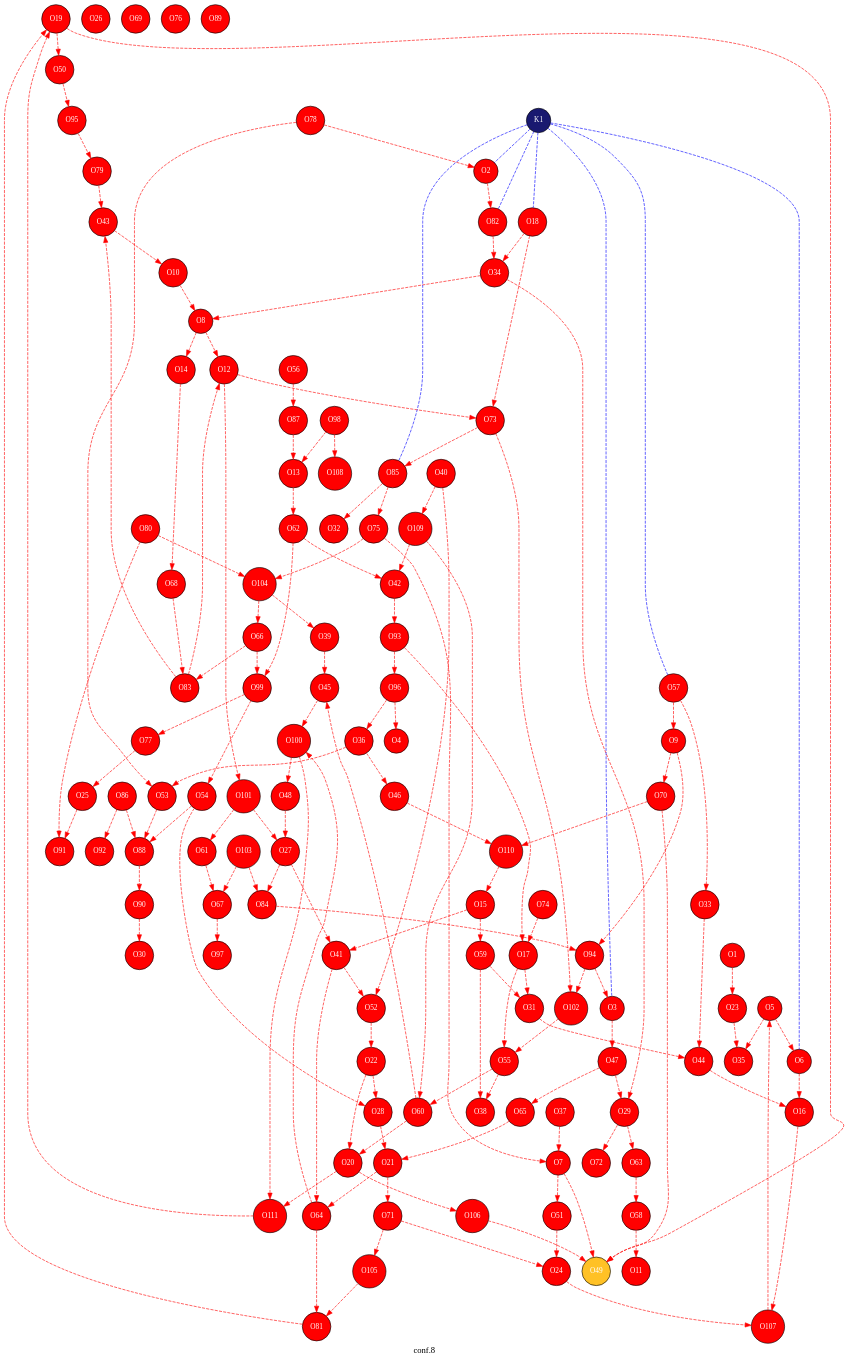
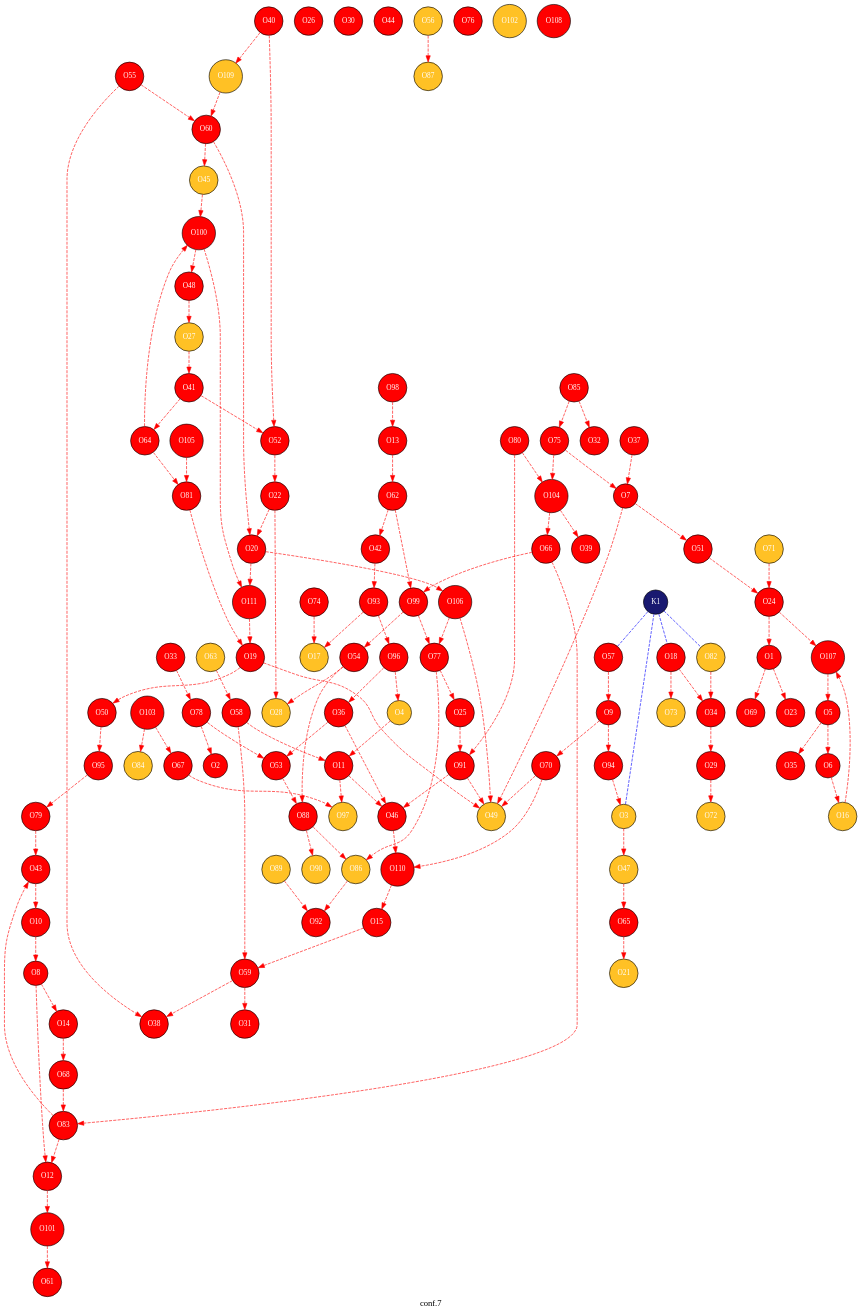
One commit to JelleLagerweij/short_test changed the diagram in 4-GATeWAY/copy_3/traj/traj_conf.gv. Above: the diagram before and after it, drawn with Graphviz. The commit also changed 222 other files, not shown here.

```diff
--- a/4-GATeWAY/copy_3/traj/traj_conf.gv
+++ b/4-GATeWAY/copy_3/traj/traj_conf.gv
@@ -1,12 +1,12 @@
 digraph G {
-label="conf.8 ";
+label="conf.7 ";
 node [style=filled];
 graph [bgcolor=transparent];
 node [shape = circle, fontsize=12];
 "O1"[fillcolor=red, fontcolor=white, fontname="Times", label="O1"];
 "O2"[fillcolor=red, fontcolor=white, fontname="Times", label="O2"];
-"O3"[fillcolor=red, fontcolor=white, fontname="Times", label="O3"];
-"O4"[fillcolor=red, fontcolor=white, fontname="Times", label="O4"];
+"O3"[fillcolor=goldenrod1, fontcolor=white, fontname="Times", label="O3"];
+"O4"[fillcolor=goldenrod1, fontcolor=white, fontname="Times", label="O4"];
 "O5"[fillcolor=red, fontcolor=white, fontname="Times", label="O5"];
 "O6"[fillcolor=red, fontcolor=white, fontname="Times", label="O6"];
 "O7"[fillcolor=red, fontcolor=white, fontname="Times", label="O7"];
@@ -18,19 +18,19 @@
 "O13"[fillcolor=red, fontcolor=white, fontname="Times", label="O13"];
 "O14"[fillcolor=red, fontcolor=white, fontname="Times", label="O14"];
 "O15"[fillcolor=red, fontcolor=white, fontname="Times", label="O15"];
-"O16"[fillcolor=red, fontcolor=white, fontname="Times", label="O16"];
-"O17"[fillcolor=red, fontcolor=white, fontname="Times", label="O17"];
+"O16"[fillcolor=goldenrod1, fontcolor=white, fontname="Times", label="O16"];
+"O17"[fillcolor=goldenrod1, fontcolor=white, fontname="Times", label="O17"];
 "O18"[fillcolor=red, fontcolor=white, fontname="Times", label="O18"];
 "O19"[fillcolor=red, fontcolor=white, fontname="Times", label="O19"];
 "O20"[fillcolor=red, fontcolor=white, fontname="Times", label="O20"];
-"O21"[fillcolor=red, fontcolor=white, fontname="Times", label="O21"];
+"O21"[fillcolor=goldenrod1, fontcolor=white, fontname="Times", label="O21"];
 "O22"[fillcolor=red, fontcolor=white, fontname="Times", label="O22"];
 "O23"[fillcolor=red, fontcolor=white, fontname="Times", label="O23"];
 "O24"[fillcolor=red, fontcolor=white, fontname="Times", label="O24"];
 "O25"[fillcolor=red, fontcolor=white, fontname="Times", label="O25"];
 "O26"[fillcolor=red, fontcolor=white, fontname="Times", label="O26"];
-"O27"[fillcolor=red, fontcolor=white, fontname="Times", label="O27"];
-"O28"[fillcolor=red, fontcolor=white, fontname="Times", label="O28"];
+"O27"[fillcolor=goldenrod1, fontcolor=white, fontname="Times", label="O27"];
+"O28"[fillcolor=goldenrod1, fontcolor=white, fontname="Times", label="O28"];
 "O29"[fillcolor=red, fontcolor=white, fontname="Times", label="O29"];
 "O30"[fillcolor=red, fontcolor=white, fontname="Times", label="O30"];
 "O31"[fillcolor=red, fontcolor=white, fontname="Times", label="O31"];
@@ -47,9 +47,9 @@
 "O42"[fillcolor=red, fontcolor=white, fontname="Times", label="O42"];
 "O43"[fillcolor=red, fontcolor=white, fontname="Times", label="O43"];
 "O44"[fillcolor=red, fontcolor=white, fontname="Times", label="O44"];
-"O45"[fillcolor=red, fontcolor=white, fontname="Times", label="O45"];
+"O45"[fillcolor=goldenrod1, fontcolor=white, fontname="Times", label="O45"];
 "O46"[fillcolor=red, fontcolor=white, fontname="Times", label="O46"];
-"O47"[fillcolor=red, fontcolor=white, fontname="Times", label="O47"];
+"O47"[fillcolor=goldenrod1, fontcolor=white, fontname="Times", label="O47"];
 "O48"[fillcolor=red, fontcolor=white, fontname="Times", label="O48"];
 "O49"[fillcolor=goldenrod1, fontcolor=white, fontname="Times", label="O49"];
 "O50"[fillcolor=red, fontcolor=white, fontname="Times", label="O50"];
@@ -58,14 +58,14 @@
 "O53"[fillcolor=red, fontcolor=white, fontname="Times", label="O53"];
 "O54"[fillcolor=red, fontcolor=white, fontname="Times", label="O54"];
 "O55"[fillcolor=red, fontcolor=white, fontname="Times", label="O55"];
-"O56"[fillcolor=red, fontcolor=white, fontname="Times", label="O56"];
+"O56"[fillcolor=goldenrod1, fontcolor=white, fontname="Times", label="O56"];
 "O57"[fillcolor=red, fontcolor=white, fontname="Times", label="O57"];
 "O58"[fillcolor=red, fontcolor=white, fontname="Times", label="O58"];
 "O59"[fillcolor=red, fontcolor=white, fontname="Times", label="O59"];
 "O60"[fillcolor=red, fontcolor=white, fontname="Times", label="O60"];
 "O61"[fillcolor=red, fontcolor=white, fontname="Times", label="O61"];
 "O62"[fillcolor=red, fontcolor=white, fontname="Times", label="O62"];
-"O63"[fillcolor=red, fontcolor=white, fontname="Times", label="O63"];
+"O63"[fillcolor=goldenrod1, fontcolor=white, fontname="Times", label="O63"];
 "O64"[fillcolor=red, fontcolor=white, fontname="Times", label="O64"];
 "O65"[fillcolor=red, fontcolor=white, fontname="Times", label="O65"];
 "O66"[fillcolor=red, fontcolor=white, fontname="Times", label="O66"];
@@ -73,9 +73,9 @@
 "O68"[fillcolor=red, fontcolor=white, fontname="Times", label="O68"];
 "O69"[fillcolor=red, fontcolor=white, fontname="Times", label="O69"];
 "O70"[fillcolor=red, fontcolor=white, fontname="Times", label="O70"];
-"O71"[fillcolor=red, fontcolor=white, fontname="Times", label="O71"];
-"O72"[fillcolor=red, fontcolor=white, fontname="Times", label="O72"];
-"O73"[fillcolor=red, fontcolor=white, fontname="Times", label="O73"];
+"O71"[fillcolor=goldenrod1, fontcolor=white, fontname="Times", label="O71"];
+"O72"[fillcolor=goldenrod1, fontcolor=white, fontname="Times", label="O72"];
+"O73"[fillcolor=goldenrod1, fontcolor=white, fontname="Times", label="O73"];
 "O74"[fillcolor=red, fontcolor=white, fontname="Times", label="O74"];
 "O75"[fillcolor=red, fontcolor=white, fontname="Times", label="O75"];
 "O76"[fillcolor=red, fontcolor=white, fontname="Times", label="O76"];
@@ -84,42 +84,44 @@
 "O79"[fillcolor=red, fontcolor=white, fontname="Times", label="O79"];
 "O80"[fillcolor=red, fontcolor=white, fontname="Times", label="O80"];
 "O81"[fillcolor=red, fontcolor=white, fontname="Times", label="O81"];
-"O82"[fillcolor=red, fontcolor=white, fontname="Times", label="O82"];
+"O82"[fillcolor=goldenrod1, fontcolor=white, fontname="Times", label="O82"];
 "O83"[fillcolor=red, fontcolor=white, fontname="Times", label="O83"];
-"O84"[fillcolor=red, fontcolor=white, fontname="Times", label="O84"];
+"O84"[fillcolor=goldenrod1, fontcolor=white, fontname="Times", label="O84"];
 "O85"[fillcolor=red, fontcolor=white, fontname="Times", label="O85"];
-"O86"[fillcolor=red, fontcolor=white, fontname="Times", label="O86"];
-"O87"[fillcolor=red, fontcolor=white, fontname="Times", label="O87"];
+"O86"[fillcolor=goldenrod1, fontcolor=white, fontname="Times", label="O86"];
+"O87"[fillcolor=goldenrod1, fontcolor=white, fontname="Times", label="O87"];
 "O88"[fillcolor=red, fontcolor=white, fontname="Times", label="O88"];
-"O89"[fillcolor=red, fontcolor=white, fontname="Times", label="O89"];
-"O90"[fillcolor=red, fontcolor=white, fontname="Times", label="O90"];
+"O89"[fillcolor=goldenrod1, fontcolor=white, fontname="Times", label="O89"];
+"O90"[fillcolor=goldenrod1, fontcolor=white, fontname="Times", label="O90"];
 "O91"[fillcolor=red, fontcolor=white, fontname="Times", label="O91"];
 "O92"[fillcolor=red, fontcolor=white, fontname="Times", label="O92"];
 "O93"[fillcolor=red, fontcolor=white, fontname="Times", label="O93"];
 "O94"[fillcolor=red, fontcolor=white, fontname="Times", label="O94"];
 "O95"[fillcolor=red, fontcolor=white, fontname="Times", label="O95"];
 "O96"[fillcolor=red, fontcolor=white, fontname="Times", label="O96"];
-"O97"[fillcolor=red, fontcolor=white, fontname="Times", label="O97"];
+"O97"[fillcolor=goldenrod1, fontcolor=white, fontname="Times", label="O97"];
 "O98"[fillcolor=red, fontcolor=white, fontname="Times", label="O98"];
 "O99"[fillcolor=red, fontcolor=white, fontname="Times", label="O99"];
 "O100"[fillcolor=red, fontcolor=white, fontname="Times", label="O100"];
 "O101"[fillcolor=red, fontcolor=white, fontname="Times", label="O101"];
-"O102"[fillcolor=red, fontcolor=white, fontname="Times", label="O102"];
+"O102"[fillcolor=goldenrod1, fontcolor=white, fontname="Times", label="O102"];
 "O103"[fillcolor=red, fontcolor=white, fontname="Times", label="O103"];
 "O104"[fillcolor=red, fontcolor=white, fontname="Times", label="O104"];
 "O105"[fillcolor=red, fontcolor=white, fontname="Times", label="O105"];
 "O106"[fillcolor=red, fontcolor=white, fontname="Times", label="O106"];
 "O107"[fillcolor=red, fontcolor=white, fontname="Times", label="O107"];
 "O108"[fillcolor=red, fontcolor=white, fontname="Times", label="O108"];
-"O109"[fillcolor=red, fontcolor=white, fontname="Times", label="O109"];
+"O109"[fillcolor=goldenrod1, fontcolor=white, fontname="Times", label="O109"];
 "O110"[fillcolor=red, fontcolor=white, fontname="Times", label="O110"];
 "O111"[fillcolor=red, fontcolor=white, fontname="Times", label="O111"];
 "K1"[fillcolor=midnightblue, fontcolor=white, fontname="Times", label="K1"];
 "O1"->"O23"[fontcolor=red, color=red , style=dashed];
+"O24"->"O1"[fontcolor=red, color=red , style=dashed];
+"O1"->"O69"[fontcolor=red, color=red , style=dashed];
 "O78"->"O2"[fontcolor=red, color=red , style=dashed];
-"O2"->"O82"[fontcolor=red, color=red , style=dashed];
 "O3"->"O47"[fontcolor=red, color=red , style=dashed];
 "O94"->"O3"[fontcolor=red, color=red , style=dashed];
+"O4"->"O11"[fontcolor=red, color=red , style=dashed];
 "O96"->"O4"[fontcolor=red, color=red , style=dashed];
 "O5"->"O6"[fontcolor=red, color=red , style=dashed];
 "O5"->"O35"[fontcolor=red, color=red , style=dashed];
@@ -132,26 +134,21 @@
 "O10"->"O8"[fontcolor=red, color=red , style=dashed];
 "O8"->"O12"[fontcolor=red, color=red , style=dashed];
 "O8"->"O14"[fontcolor=red, color=red , style=dashed];
-"O34"->"O8"[fontcolor=red, color=red , style=dashed];
 "O57"->"O9"[fontcolor=red, color=red , style=dashed];
 "O9"->"O70"[fontcolor=red, color=red , style=dashed];
 "O9"->"O94"[fontcolor=red, color=red , style=dashed];
 "O43"->"O10"[fontcolor=red, color=red , style=dashed];
+"O11"->"O46"[fontcolor=red, color=red , style=dashed];
 "O58"->"O11"[fontcolor=red, color=red , style=dashed];
-"O12"->"O73"[fontcolor=red, color=red , style=dashed];
+"O11"->"O97"[fontcolor=red, color=red , style=dashed];
 "O83"->"O12"[fontcolor=red, color=red , style=dashed];
 "O12"->"O101"[fontcolor=red, color=red , style=dashed];
 "O13"->"O62"[fontcolor=red, color=red , style=dashed];
-"O87"->"O13"[fontcolor=red, color=red , style=dashed];
 "O98"->"O13"[fontcolor=red, color=red , style=dashed];
 "O14"->"O68"[fontcolor=red, color=red , style=dashed];
-"O15"->"O41"[fontcolor=red, color=red , style=dashed];
 "O15"->"O59"[fontcolor=red, color=red , style=dashed];
 "O110"->"O15"[fontcolor=red, color=red , style=dashed];
-"O44"->"O16"[fontcolor=red, color=red , style=dashed];
 "O16"->"O107"[fontcolor=red, color=red , style=dashed];
-"O17"->"O31"[fontcolor=red, color=red , style=dashed];
-"O17"->"O55"[fontcolor=red, color=red , style=dashed];
 "O74"->"O17"[fontcolor=red, color=red , style=dashed];
 "O93"->"O17"[fontcolor=red, color=red , style=dashed];
 "O18"->"O34"[fontcolor=red, color=red , style=dashed];
@@ -164,13 +161,9 @@
 "O60"->"O20"[fontcolor=red, color=red , style=dashed];
 "O20"->"O106"[fontcolor=red, color=red , style=dashed];
 "O20"->"O111"[fontcolor=red, color=red , style=dashed];
-"O28"->"O21"[fontcolor=red, color=red , style=dashed];
-"O21"->"O64"[fontcolor=red, color=red , style=dashed];
 "O65"->"O21"[fontcolor=red, color=red , style=dashed];
-"O21"->"O71"[fontcolor=red, color=red , style=dashed];
 "O22"->"O28"[fontcolor=red, color=red , style=dashed];
 "O52"->"O22"[fontcolor=red, color=red , style=dashed];
-"O23"->"O35"[fontcolor=red, color=red , style=dashed];
 "O51"->"O24"[fontcolor=red, color=red , style=dashed];
 "O71"->"O24"[fontcolor=red, color=red , style=dashed];
 "O24"->"O107"[fontcolor=red, color=red , style=dashed];
@@ -178,26 +171,18 @@
 "O25"->"O91"[fontcolor=red, color=red , style=dashed];
 "O27"->"O41"[fontcolor=red, color=red , style=dashed];
 "O48"->"O27"[fontcolor=red, color=red , style=dashed];
-"O27"->"O84"[fontcolor=red, color=red , style=dashed];
-"O101"->"O27"[fontcolor=red, color=red , style=dashed];
 "O54"->"O28"[fontcolor=red, color=red , style=dashed];
 "O34"->"O29"[fontcolor=red, color=red , style=dashed];
-"O47"->"O29"[fontcolor=red, color=red , style=dashed];
-"O29"->"O63"[fontcolor=red, color=red , style=dashed];
 "O29"->"O72"[fontcolor=red, color=red , style=dashed];
-"O90"->"O30"[fontcolor=red, color=red , style=dashed];
-"O31"->"O44"[fontcolor=red, color=red , style=dashed];
 "O59"->"O31"[fontcolor=red, color=red , style=dashed];
 "O85"->"O32"[fontcolor=red, color=red , style=dashed];
-"O33"->"O44"[fontcolor=red, color=red , style=dashed];
-"O57"->"O33"[fontcolor=red, color=red , style=dashed];
+"O33"->"O78"[fontcolor=red, color=red , style=dashed];
 "O82"->"O34"[fontcolor=red, color=red , style=dashed];
 "O36"->"O46"[fontcolor=red, color=red , style=dashed];
 "O36"->"O53"[fontcolor=red, color=red , style=dashed];
 "O96"->"O36"[fontcolor=red, color=red , style=dashed];
 "O55"->"O38"[fontcolor=red, color=red , style=dashed];
 "O59"->"O38"[fontcolor=red, color=red , style=dashed];
-"O39"->"O45"[fontcolor=red, color=red , style=dashed];
 "O104"->"O39"[fontcolor=red, color=red , style=dashed];
 "O40"->"O52"[fontcolor=red, color=red , style=dashed];
 "O40"->"O109"[fontcolor=red, color=red , style=dashed];
@@ -205,15 +190,16 @@
 "O41"->"O64"[fontcolor=red, color=red , style=dashed];
 "O62"->"O42"[fontcolor=red, color=red , style=dashed];
 "O42"->"O93"[fontcolor=red, color=red , style=dashed];
-"O109"->"O42"[fontcolor=red, color=red , style=dashed];
 "O79"->"O43"[fontcolor=red, color=red , style=dashed];
 "O83"->"O43"[fontcolor=red, color=red , style=dashed];
 "O60"->"O45"[fontcolor=red, color=red , style=dashed];
 "O45"->"O100"[fontcolor=red, color=red , style=dashed];
+"O91"->"O46"[fontcolor=red, color=red , style=dashed];
 "O46"->"O110"[fontcolor=red, color=red , style=dashed];
 "O47"->"O65"[fontcolor=red, color=red , style=dashed];
 "O100"->"O48"[fontcolor=red, color=red , style=dashed];
 "O70"->"O49"[fontcolor=red, color=red , style=dashed];
+"O91"->"O49"[fontcolor=red, color=red , style=dashed];
 "O106"->"O49"[fontcolor=red, color=red , style=dashed];
 "O50"->"O95"[fontcolor=red, color=red , style=dashed];
 "O78"->"O53"[fontcolor=red, color=red , style=dashed];
@@ -221,11 +207,10 @@
 "O54"->"O88"[fontcolor=red, color=red , style=dashed];
 "O99"->"O54"[fontcolor=red, color=red , style=dashed];
 "O55"->"O60"[fontcolor=red, color=red , style=dashed];
-"O102"->"O55"[fontcolor=red, color=red , style=dashed];
 "O56"->"O87"[fontcolor=red, color=red , style=dashed];
+"O58"->"O59"[fontcolor=red, color=red , style=dashed];
 "O63"->"O58"[fontcolor=red, color=red , style=dashed];
 "O109"->"O60"[fontcolor=red, color=red , style=dashed];
-"O61"->"O67"[fontcolor=red, color=red , style=dashed];
 "O101"->"O61"[fontcolor=red, color=red , style=dashed];
 "O62"->"O99"[fontcolor=red, color=red , style=dashed];
 "O64"->"O81"[fontcolor=red, color=red , style=dashed];
@@ -237,30 +222,24 @@
 "O103"->"O67"[fontcolor=red, color=red , style=dashed];
 "O68"->"O83"[fontcolor=red, color=red , style=dashed];
 "O70"->"O110"[fontcolor=red, color=red , style=dashed];
-"O71"->"O105"[fontcolor=red, color=red , style=dashed];
-"O73"->"O85"[fontcolor=red, color=red , style=dashed];
-"O73"->"O102"[fontcolor=red, color=red , style=dashed];
 "O85"->"O75"[fontcolor=red, color=red , style=dashed];
 "O75"->"O104"[fontcolor=red, color=red , style=dashed];
+"O77"->"O86"[fontcolor=red, color=red , style=dashed];
 "O99"->"O77"[fontcolor=red, color=red , style=dashed];
+"O106"->"O77"[fontcolor=red, color=red , style=dashed];
 "O95"->"O79"[fontcolor=red, color=red , style=dashed];
 "O80"->"O91"[fontcolor=red, color=red , style=dashed];
 "O80"->"O104"[fontcolor=red, color=red , style=dashed];
 "O105"->"O81"[fontcolor=red, color=red , style=dashed];
-"O84"->"O94"[fontcolor=red, color=red , style=dashed];
 "O103"->"O84"[fontcolor=red, color=red , style=dashed];
-"O86"->"O88"[fontcolor=red, color=red , style=dashed];
+"O88"->"O86"[fontcolor=red, color=red , style=dashed];
 "O86"->"O92"[fontcolor=red, color=red , style=dashed];
 "O88"->"O90"[fontcolor=red, color=red , style=dashed];
+"O89"->"O92"[fontcolor=red, color=red , style=dashed];
 "O93"->"O96"[fontcolor=red, color=red , style=dashed];
-"O94"->"O102"[fontcolor=red, color=red , style=dashed];
-"O98"->"O108"[fontcolor=red, color=red , style=dashed];
 "O100"->"O111"[fontcolor=red, color=red , style=dashed];
-"K1"->"O2"[dir=none, color=blue, nodesep=0.5,style=dashed];
 "K1"->"O3"[dir=none, color=blue, nodesep=0.5,style=dashed];
-"K1"->"O6"[dir=none, color=blue, nodesep=0.5,style=dashed];
 "K1"->"O18"[dir=none, color=blue, nodesep=0.5,style=dashed];
 "K1"->"O57"[dir=none, color=blue, nodesep=0.5,style=dashed];
 "K1"->"O82"[dir=none, color=blue, nodesep=0.5,style=dashed];
-"K1"->"O85"[dir=none, color=blue, nodesep=0.5,style=dashed];
 }
```
